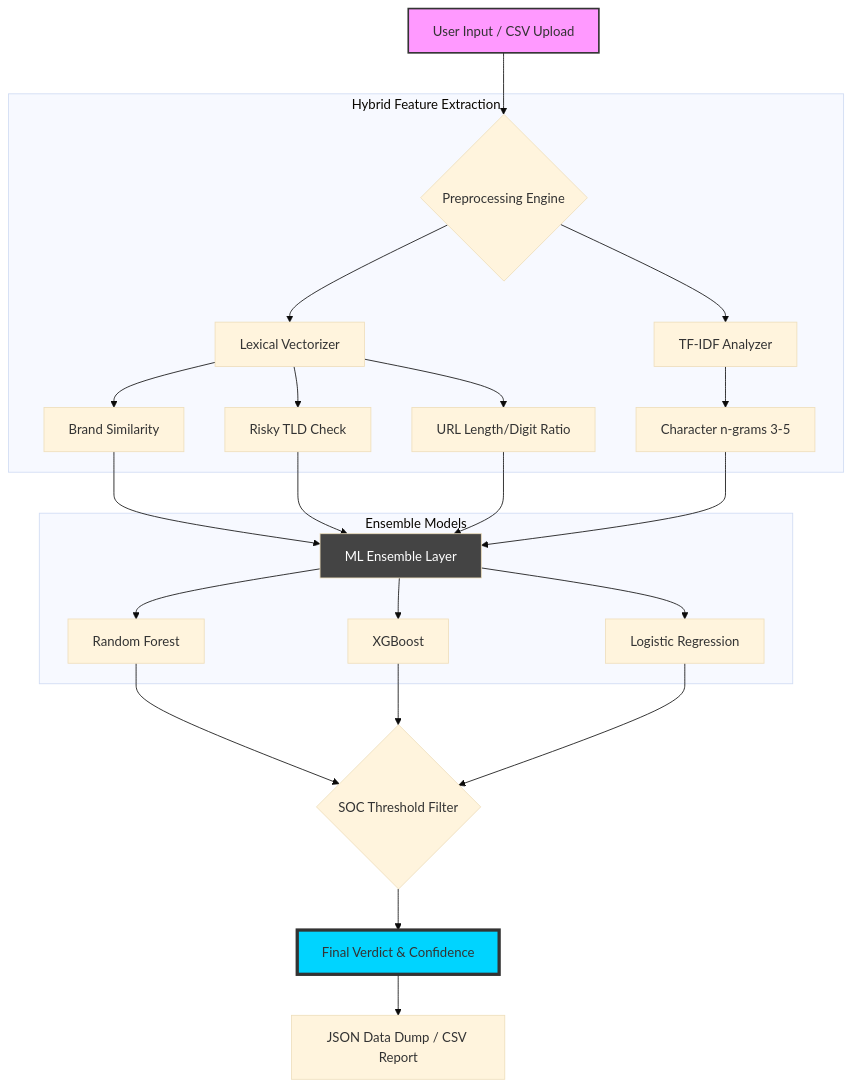
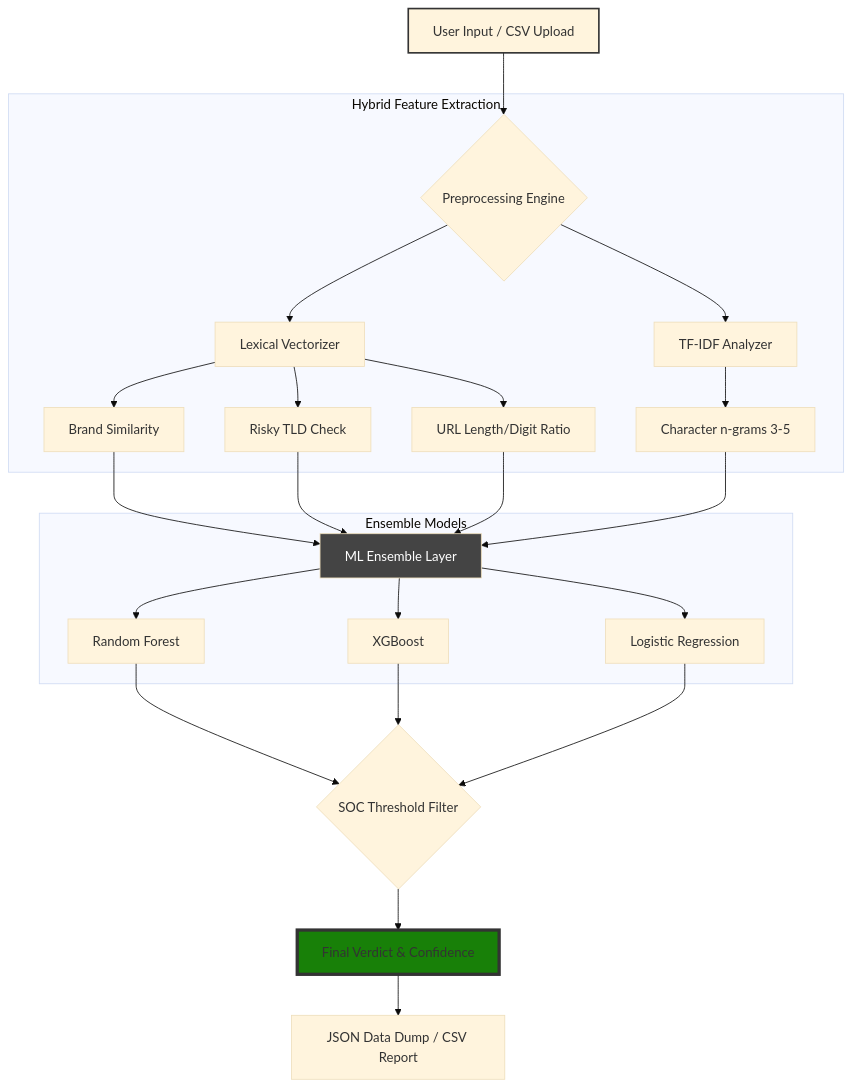
One commit to DarshakPatel2004/PhishScope changed the diagram in README.md. Above: the diagram before and after it, drawn with Mermaid (base theme).

Commit message:
Fix color styles for nodes A and J in diagram

````diff
--- a/README.md
+++ b/README.md
@@ -79,29 +79,29 @@
 ```mermaid
 graph TD
     A[User Input / CSV Upload] --> B{Preprocessing Engine}
     
     subgraph "Hybrid Feature Extraction"
     B --> C[Lexical Vectorizer]
     B --> D[TF-IDF Analyzer]
     C --> C1[Brand Similarity]
     C --> C2[Risky TLD Check]
     C --> C3[URL Length/Digit Ratio]
     D --> D1[Character n-grams 3-5]
     end
     
     C1 & C2 & C3 & D1 --> E[ML Ensemble Layer]
     
     subgraph "Ensemble Models"
     E --> F[Random Forest]
     E --> G[XGBoost]
     E --> H[Logistic Regression]
     end
     
     F & G & H --> I{SOC Threshold Filter}
     I --> J[Final Verdict & Confidence]
     J --> K[JSON Data Dump / CSV Report]
     
-    style A fill:#f9f,stroke:#333,stroke-width:2px
-    style J fill:#00D4FF,stroke:#333,stroke-width:4px
+    style A fill#940b09,stroke:#333,stroke-width:2px
+    style J fill:#188008,stroke:#333,stroke-width:4px
     style E fill:#444,color:#fff
 ```
````
